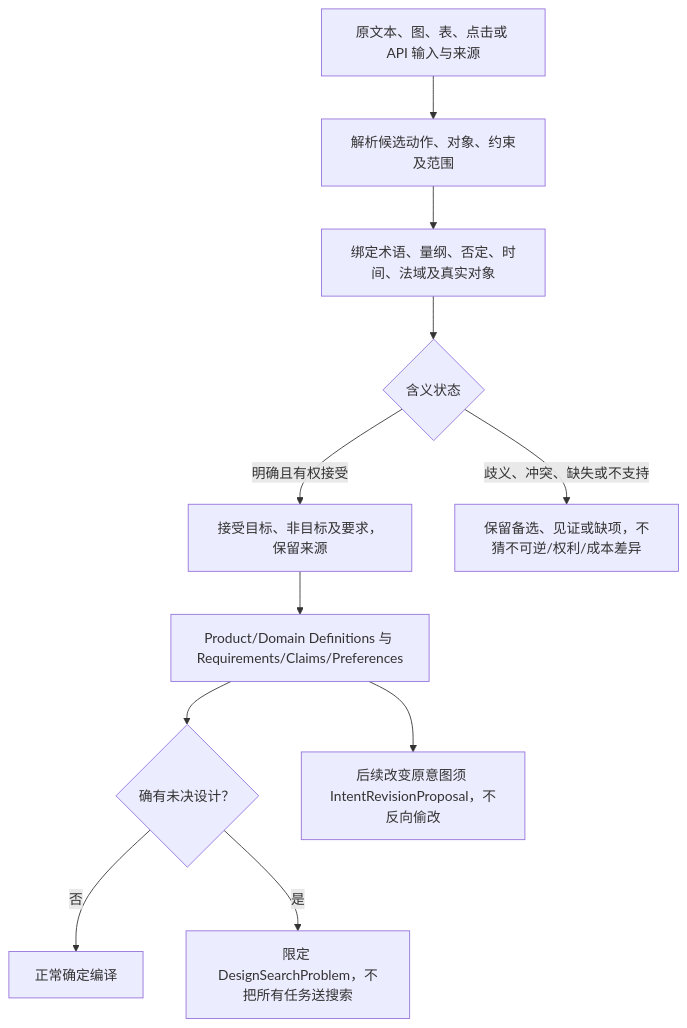
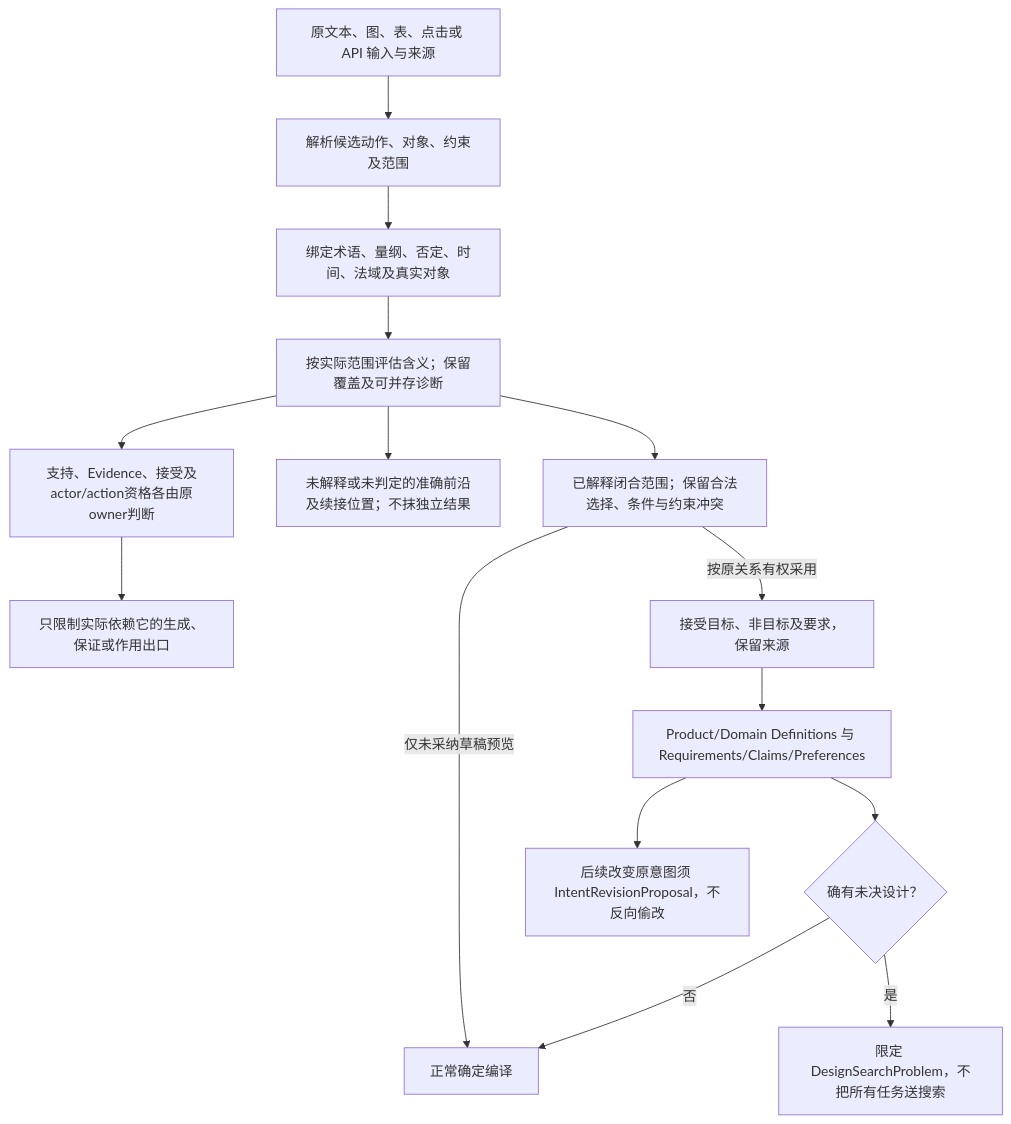
The fifth of 8 diagrams in docs/编译/表示/需求语义与实现选择.md (sec-platform/sec), drawn with Mermaid before and after one commit. The commit also changed other lines of this file and 33 other files, not shown here.

````diff
--- a/docs/编译/表示/需求语义与实现选择.md
+++ b/docs/编译/表示/需求语义与实现选择.md
@@ -653,13 +667,17 @@
 ```mermaid
 flowchart TD
   raw["原文本、图、表、点击或 API 输入与来源"] --> parsed["解析候选动作、对象、约束及范围"]
   parsed --> normalize["绑定术语、量纲、否定、时间、法域及真实对象"]
-  normalize --> state{"含义状态"}
-  state -->|明确且有权接受| accepted["接受目标、非目标及要求，保留来源"]
-  state -->|歧义、冲突、缺失或不支持| frontier["保留备选、见证或缺项，不猜不可逆/权利/成本差异"]
+  normalize --> assess["按实际范围评估含义；保留覆盖及可并存诊断"]
+  assess --> closed["已解释闭合范围；保留合法选择、条件与约束冲突"]
+  assess --> frontier["未解释或未判定的准确前沿及续接位置；不抹独立结果"]
+  assess --> qualification["支持、Evidence、接受及actor/action资格各由原owner判断"]
+  qualification --> exits["只限制实际依赖它的生成、保证或作用出口"]
+  closed -->|按原关系有权采用| accepted["接受目标、非目标及要求，保留来源"]
+  closed -->|仅未采纳草稿预览| compile
   accepted --> definitions["Product/Domain Definitions 与 Requirements/Claims/Preferences"]
   definitions --> route{"确有未决设计？"}
   route -->|否| compile["正常确定编译"]
   route -->|是| search["限定 DesignSearchProblem，不把所有任务送搜索"]
   definitions --> change["后续改变原意图须 IntentRevisionProposal，不反向偷改"]
 ```
````
